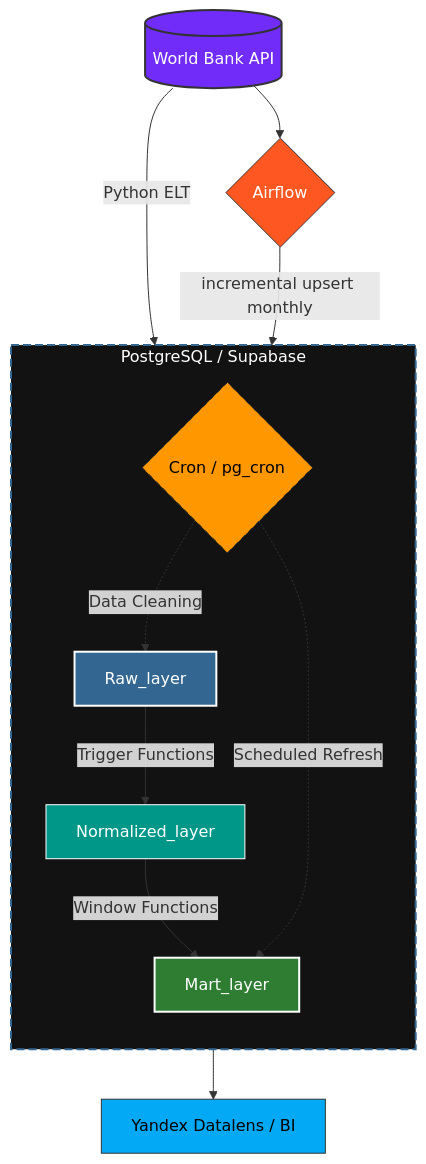
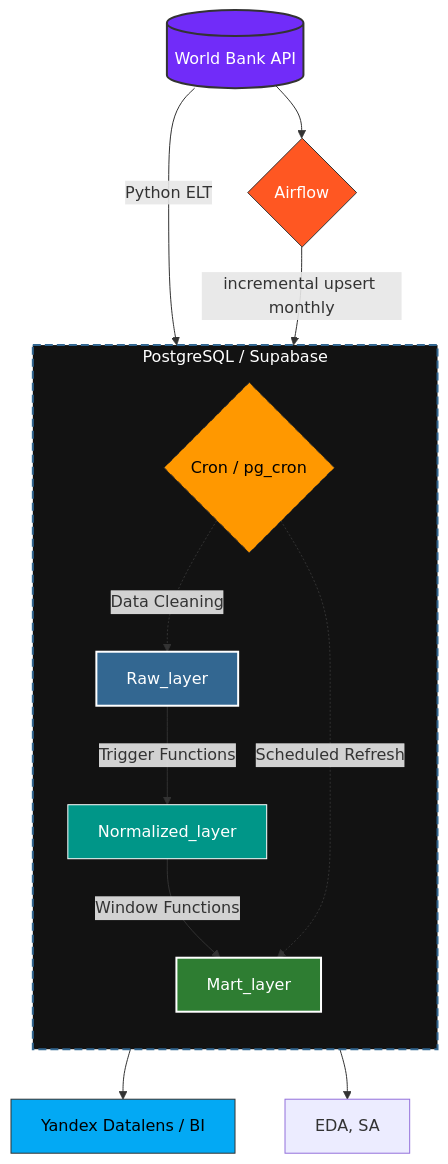
One commit to ososovyan/WB_data_collector changed the diagram in README.md. Above: the diagram before and after it, drawn with Mermaid. The commit also changed other lines of this file, not shown here.

````diff
--- a/README.md
+++ b/README.md
@@ -28,31 +28,31 @@
 ```mermaid
 graph TD
     %% Источник данных
     WB[(World Bank API)] --> |Python ELT| RL[Raw_layer]
 
     %% Внутренняя логика БД
     subgraph PostgreSQL_Database [PostgreSQL / Supabase]
         direction TB
         RL --> |Trigger Functions| NL[Normalized_layer]
         
         NL --> |Window Functions| ML[Mart_layer]
 
         CRON{Cron / pg_cron} -.-> |Scheduled Refresh| ML
         CRON -.-> |Data Cleaning| RL
     end
 
     %% Выход данных
     ML --> API[Yandex Datalens / BI]
     WB --> A{Airflow}
     A --> |incremental upsert monthly| RL
-
+    NL --> Py[EDA, SA]
     %% Стилизация по смыслу
     style WB fill:#712cf9,color:#fff,stroke:#333,stroke-width:2px
     style RL fill:#336791,color:#fff,stroke:#fff,stroke-width:2px
     style NL fill:#009688,color:#fff,stroke:#fff,stroke-width:1px
     style ML fill:#2e7d32,color:#fff,stroke:#fff,stroke-width:2px
     style A fill:#ff5722,color:#fff,stroke:#333
     style CRON fill:#ff9800,color:#000,stroke:#333,stroke-dasharray: 5 5
     style API fill:#03a9f4,color:#000,stroke:#333
     style PostgreSQL_Database fill:#121212,color:#ffffff,stroke:#336791,stroke-width:2px,stroke-dasharray: 8 4
 ```
````
